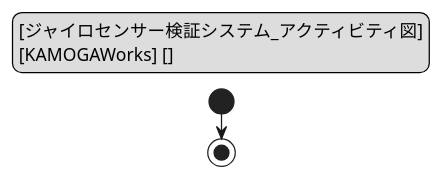
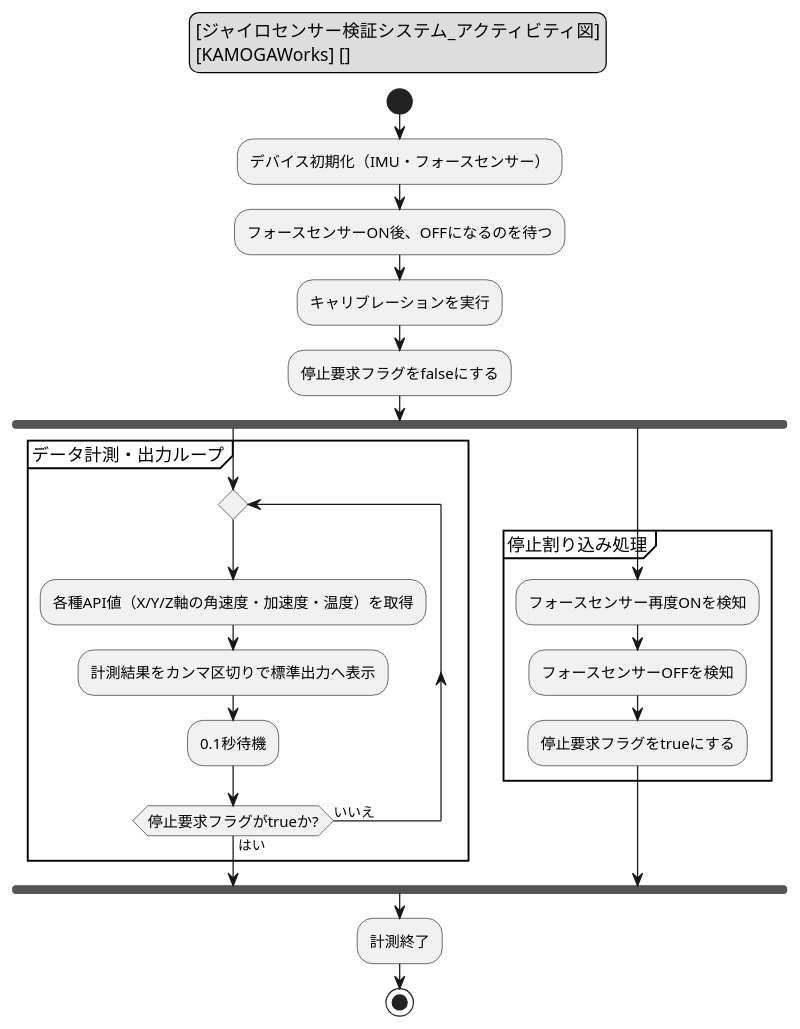
The diagram in ジャイロセンサー検証システム_アクティビティ図.puml (Matsuno0412/Gyro-sensor-System), drawn with PlantUML before and after one commit. The commit also changed 7 other files, not shown here.

```diff
--- a/ジャイロセンサー検証システム_アクティビティ図.puml
+++ b/ジャイロセンサー検証システム_アクティビティ図.puml
@@ -1,15 +1,55 @@
 @startuml ジャイロセンサー検証システム_アクティビティ図
 
 skinparam ActivityDiamondFontSize 12
 skinparam ActivityFontSize 12
 
 legend top
 [ジャイロセンサー検証システム_アクティビティ図]
 [KAMOGAWorks] []
 endlegend
 
 start
 
+:デバイス初期化（IMU・フォースセンサー）;
+
+:フォースセンサーON後、OFFになるのを待つ;
+
+:キャリブレーションを実行;
+
+:停止要求フラグをfalseにする;
+
+fork
+
+partition データ計測・出力ループ {
+
+    repeat
+
+        :各種API値（X/Y/Z軸の角速度・加速度・温度）を取得;
+
+        :計測結果をカンマ区切りで標準出力へ表示;
+
+        :0.1秒待機;
+
+    repeat while (停止要求フラグがtrueか?) is (いいえ) not (はい)
+
+}
+
+fork again
+
+partition 停止割り込み処理 {
+
+    :フォースセンサー再度ONを検知;
+
+    :フォースセンサーOFFを検知;
+
+    :停止要求フラグをtrueにする;
+
+}
+
+end fork
+
+:計測終了;
+
 stop
 
 @enduml
```
